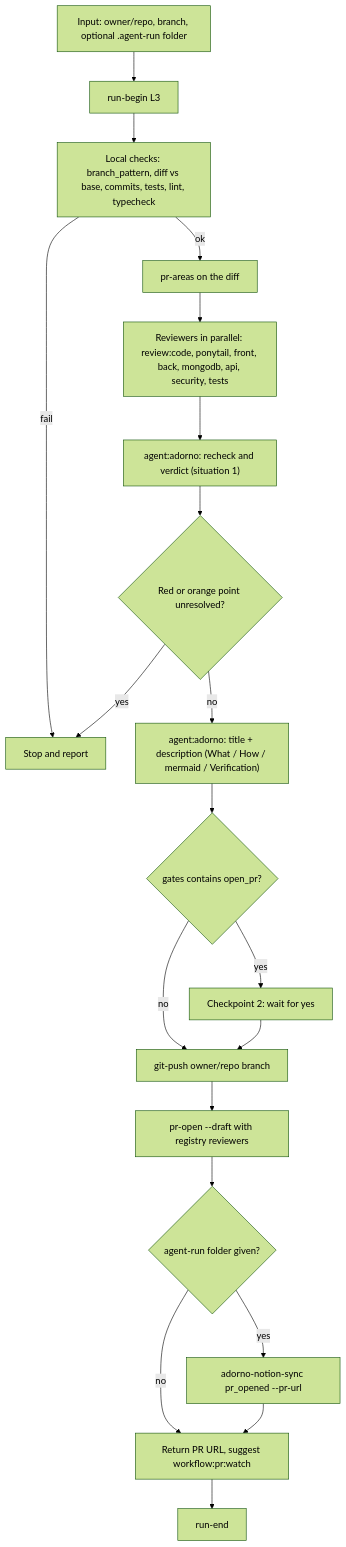
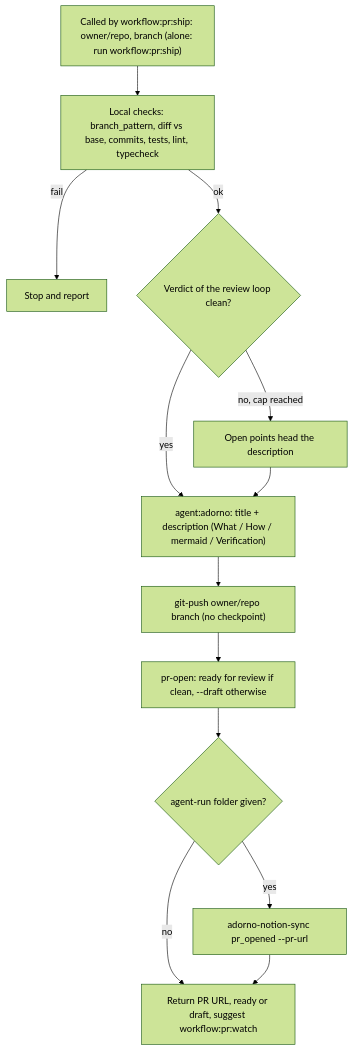
The second of 6 diagrams in src/workflows/pr/SCHEMA.md (nicolasmondain/adorno), drawn with Mermaid (forest theme) before and after one commit. The commit also changed other lines of this file and 142 other files, not shown here.

````diff
--- a/src/workflows/pr/SCHEMA.md
+++ b/src/workflows/pr/SCHEMA.md
@@ -26,22 +26,15 @@
 ```mermaid
 flowchart TD
-  A["Input: owner/repo, branch, optional .agent-run folder"] --> B["run-begin L3"]
-  B --> C["Local checks: branch_pattern, diff vs base, commits, tests, lint, typecheck"]
+  A["Called by workflow:pr:ship: owner/repo, branch (alone: run workflow:pr:ship)"] --> C["Local checks: branch_pattern, diff vs base, commits, tests, lint, typecheck"]
   C -->|"fail"| X["Stop and report"]
-  C -->|"ok"| D["pr-areas on the diff"]
-  D --> E["Reviewers in parallel: review:code, ponytail, front, back, mongodb, api, security, tests"]
-  E --> F["agent:adorno: recheck and verdict (situation 1)"]
-  F --> G{"Red or orange point unresolved?"}
-  G -->|"yes"| X
-  G -->|"no"| H["agent:adorno: title + description (What / How / mermaid / Verification)"]
-  H --> I{"gates contains open_pr?"}
-  I -->|"yes"| J["Checkpoint 2: wait for yes"]
-  I -->|"no"| K["git-push owner/repo branch"]
-  J --> K
-  K --> L["pr-open --draft with registry reviewers"]
+  C -->|"ok"| G{"Verdict of the review loop clean?"}
+  G -->|"yes"| H["agent:adorno: title + description (What / How / mermaid / Verification)"]
+  G -->|"no, cap reached"| GH["Open points head the description"]
+  GH --> H
+  H --> K["git-push owner/repo branch (no checkpoint)"]
+  K --> L["pr-open: ready for review if clean, --draft otherwise"]
   L --> NS{"agent-run folder given?"}
   NS -->|"yes"| NP["adorno-notion-sync pr_opened --pr-url"]
-  NS -->|"no"| M["Return PR URL, suggest workflow:pr:watch"]
+  NS -->|"no"| M["Return PR URL, ready or draft, suggest workflow:pr:watch"]
   NP --> M
-  M --> N["run-end"]
 ```
````
